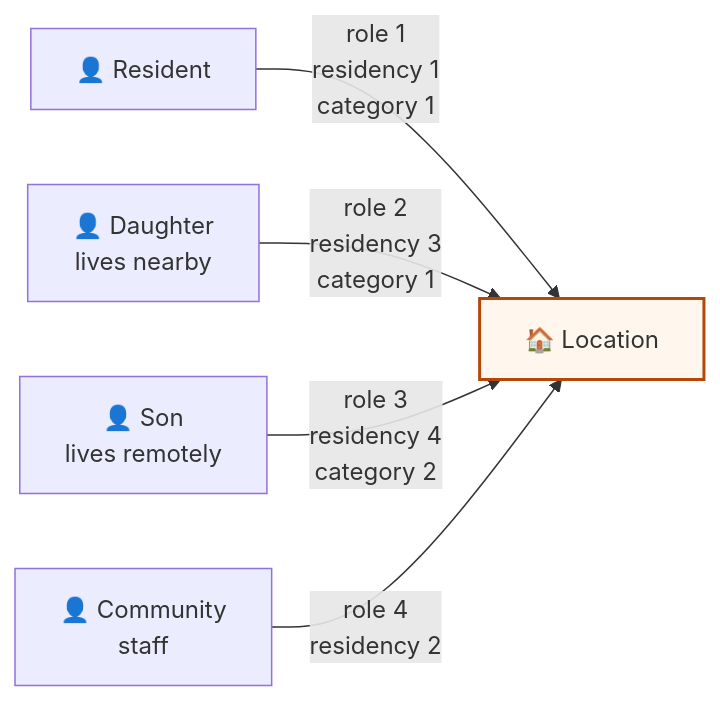
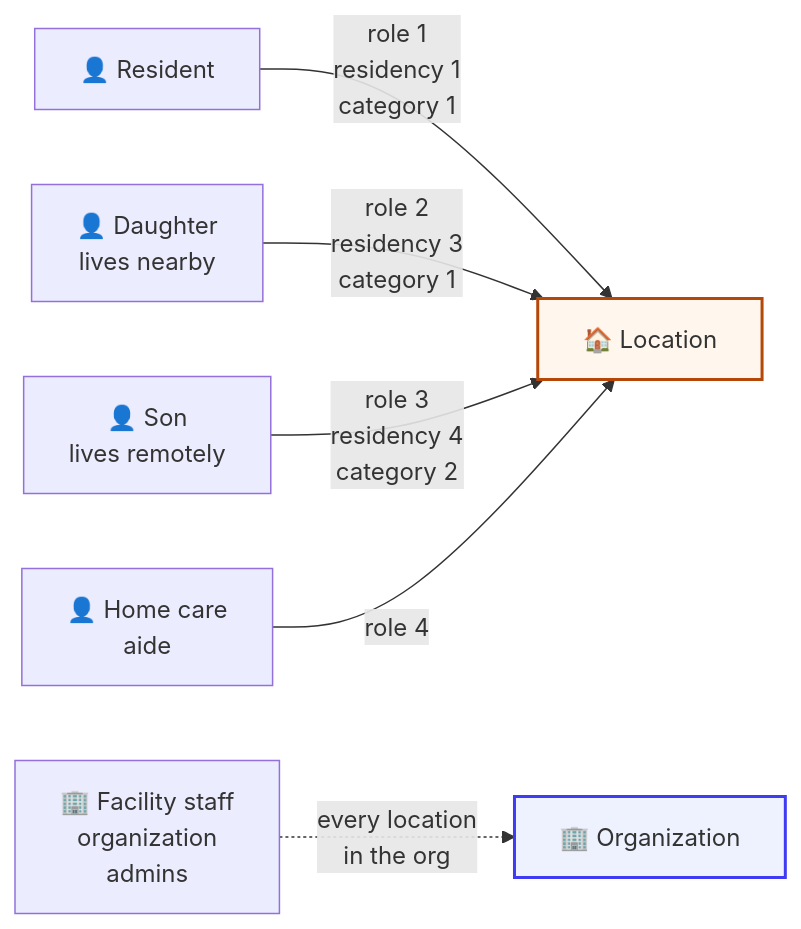
One commit to CareDailyAI/docs changed the diagram in concepts/users_and_access.md. Above: the diagram before and after it, drawn with Mermaid. The commit also changed other lines of this file, not shown here.

First line of the commit message:
Users and access: location users versus facility staff

````diff
--- a/concepts/users_and_access.md
+++ b/concepts/users_and_access.md
@@ -9,9 +9,11 @@
 ```mermaid
 flowchart LR
     U1["👤 Resident"] -->|"role 1<br/>residency 1<br/>category 1"| L["🏠 Location"]
     U2["👤 Daughter<br/>lives nearby"] -->|"role 2<br/>residency 3<br/>category 1"| L
     U3["👤 Son<br/>lives remotely"] -->|"role 3<br/>residency 4<br/>category 2"| L
-    U4["👤 Community<br/>staff"] -->|"role 4<br/>residency 2"| L
+    U4["👤 Home care<br/>aide"] -->|"role 4"| L
+    S["🏢 Facility staff<br/>organization<br/>admins"] -.->|"every location<br/>in the org"| O["🏢 Organization"]
 
     style L fill:#fff7ed,stroke:#b54708,stroke-width:2px
+    style O fill:#eef2ff,stroke:#3f3bf2,stroke-width:2px
 ```
````
